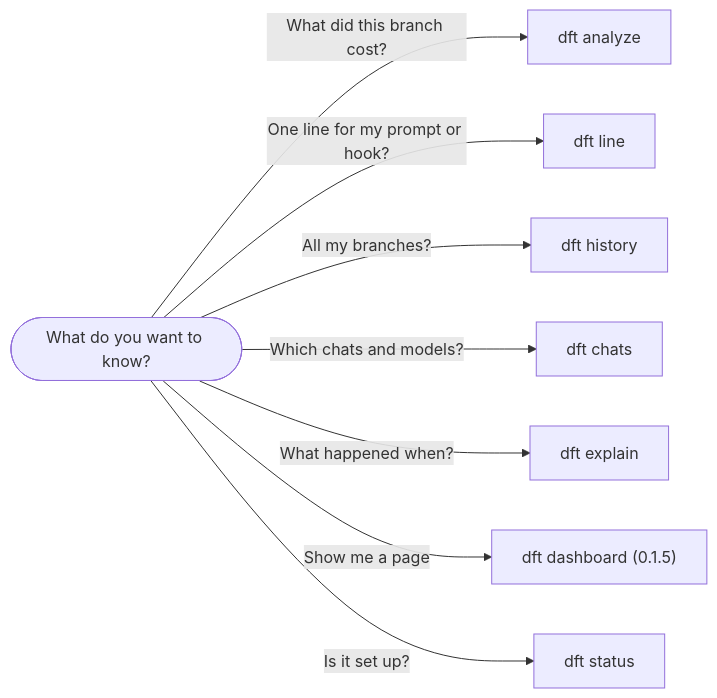
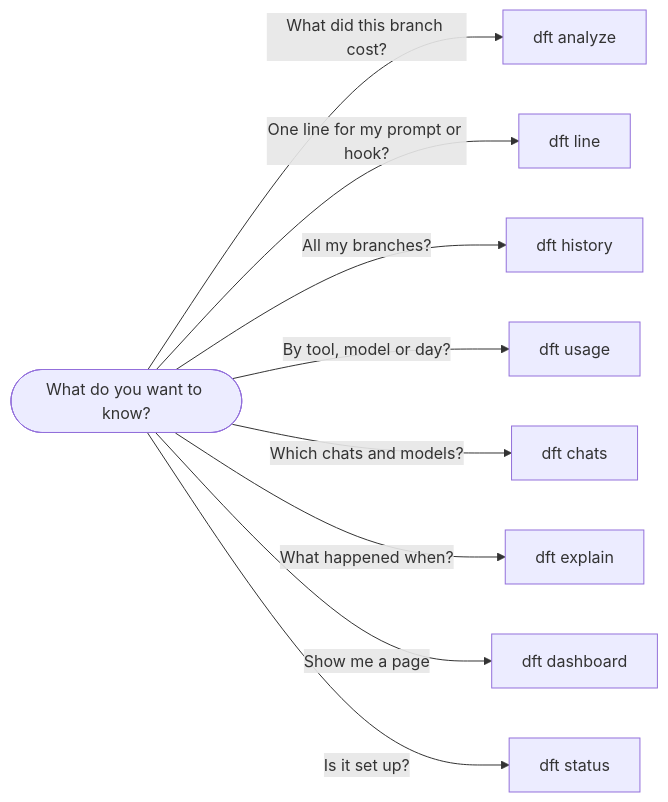
Before and after one commit to BleedingDev/dx-feature-tracker: diagram 17 of 19 in docs/HOW-IT-WORKS.md, drawn with Mermaid. The commit also changed other lines of this file and 3 other files, not shown here.

````diff
--- a/docs/HOW-IT-WORKS.md
+++ b/docs/HOW-IT-WORKS.md
@@ -445,11 +467,12 @@
 ```mermaid
 flowchart LR
     Q(["What do you want to know?"])
     Q -->|"What did this branch cost?"| A["dft analyze"]
     Q -->|"One line for my prompt or hook?"| L["dft line"]
     Q -->|"All my branches?"| H["dft history"]
+    Q -->|"By tool, model or day?"| U["dft usage"]
     Q -->|"Which chats and models?"| C["dft chats"]
     Q -->|"What happened when?"| E["dft explain"]
-    Q -->|"Show me a page"| D["dft dashboard (0.1.5)"]
+    Q -->|"Show me a page"| D["dft dashboard"]
     Q -->|"Is it set up?"| S["dft status"]
 ```
````
